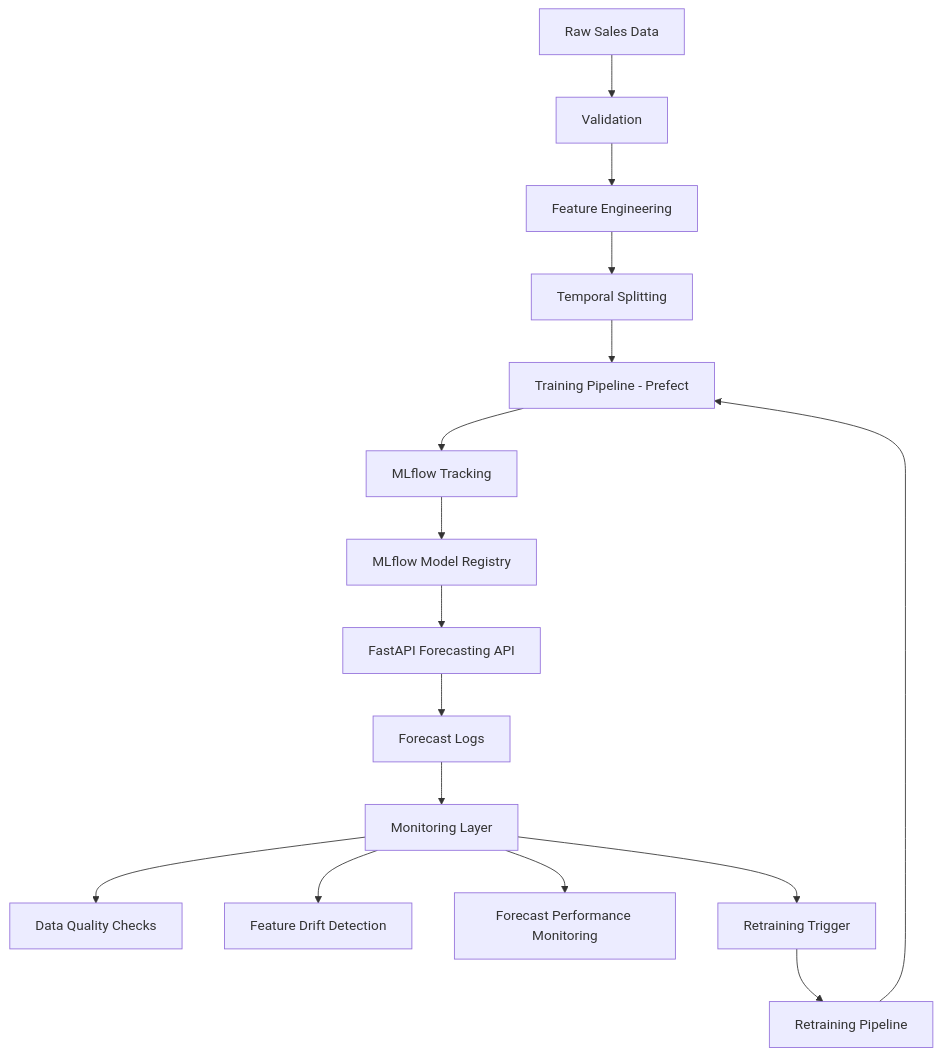
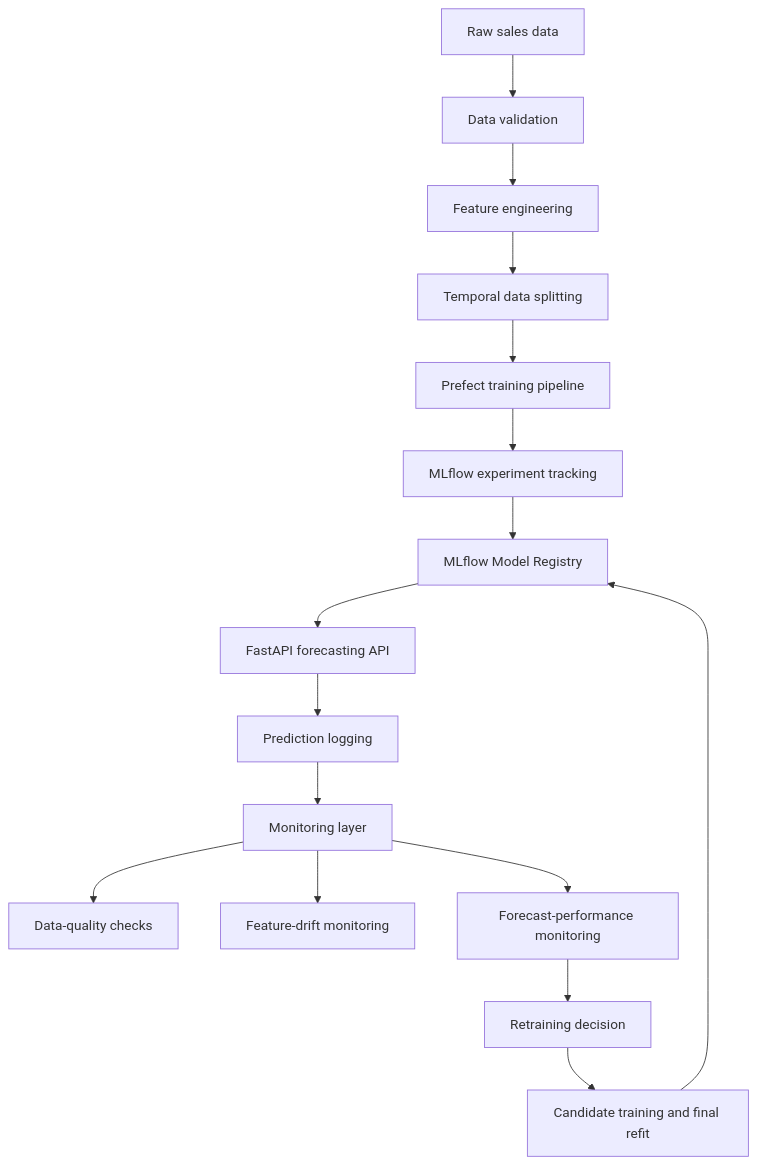
One commit to SL14-SL/mlops-sales-forecasting changed the first of 2 diagrams in README.md. Above: the diagram before and after it, drawn with Mermaid.

Commit message:
docs: fix Mermaid architecture diagram [skip ci]

````diff
--- a/README.md
+++ b/README.md
@@ -40,21 +40,21 @@
 ```mermaid
-flowchart TB
-A[Raw Sales Data] --> B[Validation]
-B --> C[Feature Engineering]
-C --> D[Temporal Splitting]
-D --> E[Training Pipeline - Prefect]
-E --> F[MLflow Tracking]
-F --> G[MLflow Model Registry]
-G --> H[FastAPI Forecasting API]
+flowchart TD
+    A["Raw sales data"] --> B["Data validation"]
+    B --> C["Feature engineering"]
+    C --> D["Temporal data splitting"]
+    D --> E["Prefect training pipeline"]
+    E --> F["MLflow experiment tracking"]
+    F --> G["MLflow Model Registry"]
+    G --> H["FastAPI forecasting API"]
 
-H --> I[Forecast Logs]
-I --> J[Monitoring Layer]
+    H --> I["Prediction logging"]
+    I --> J["Monitoring layer"]
 
-J --> K[Data Quality Checks]
-J --> L[Feature Drift Detection]
-J --> M[Forecast Performance Monitoring]
-J --> N[Retraining Trigger]
+    J --> K["Data-quality checks"]
+    J --> L["Feature-drift monitoring"]
+    J --> M["Forecast-performance monitoring"]
 
-N --> O[Retraining Pipeline]
-O --> E
+    M --> N["Retraining decision"]
+    N --> O["Candidate training and final refit"]
+    O --> G
 ```
````
